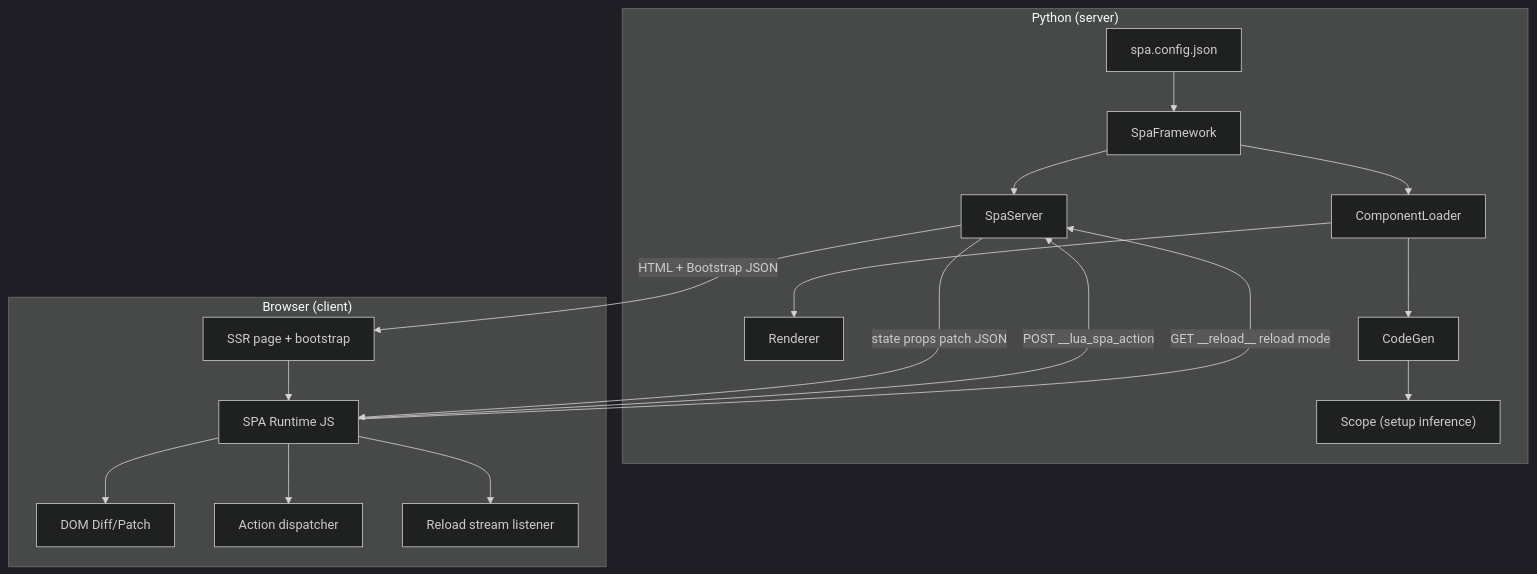
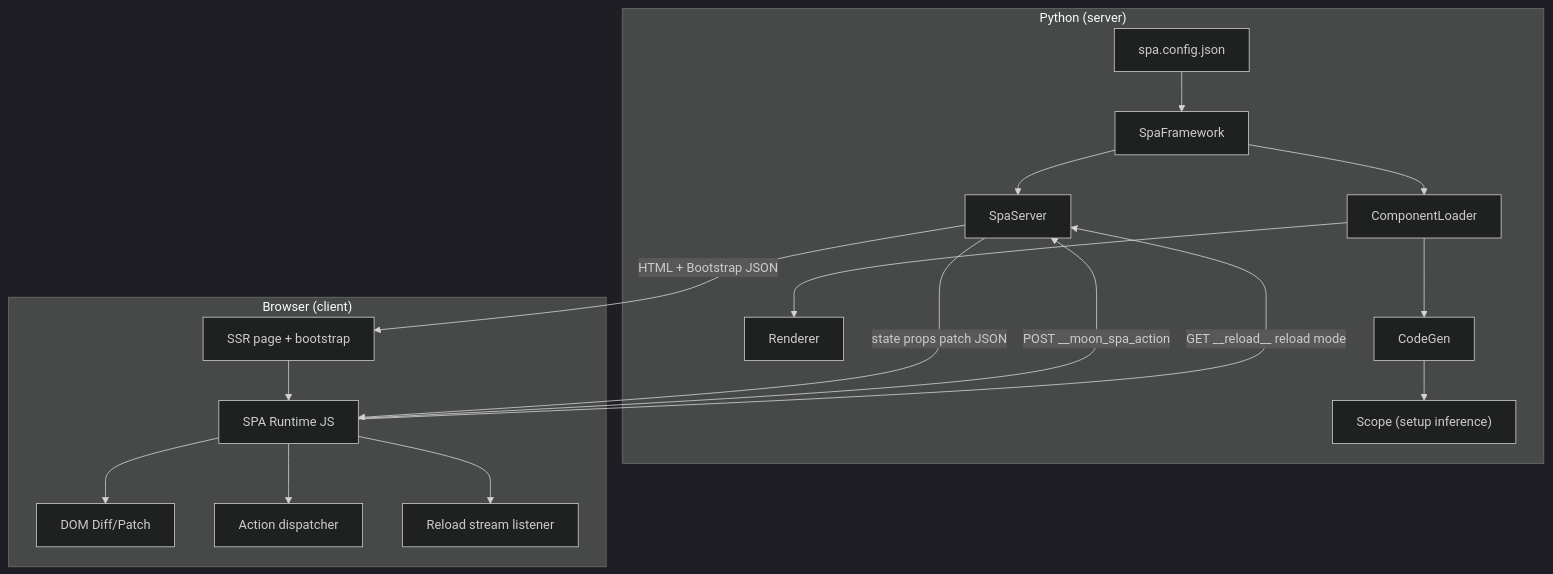
One commit to roderiano/lua-spa changed the first of 3 diagrams in docs/docs/advanced/architecture.md. Above: the diagram before and after it, drawn with Mermaid (dark theme). The commit also changed other lines of this file and 90 other files, not shown here.

````diff
--- a/docs/docs/advanced/architecture.md
+++ b/docs/docs/advanced/architecture.md
@@ -12,35 +12,35 @@
 ```mermaid
 flowchart TB
     subgraph Python ["Python (server)"]
         config["spa.config.json"]
         loader["ComponentLoader"]
         renderer["Renderer"]
         codegen["CodeGen"]
         scope["Scope (setup inference)"]
         fw["SpaFramework"]
         server["SpaServer"]
     end
 
     subgraph Browser ["Browser (client)"]
         boot["SSR page + bootstrap"]
         rt["SPA Runtime JS"]
         dom["DOM Diff/Patch"]
         actions["Action dispatcher"]
         sse["Reload stream listener"]
     end
 
     config --> fw
     fw --> loader
     loader --> renderer
     loader --> codegen
     codegen --> scope
     fw --> server
     server -->|HTML + Bootstrap JSON| boot
     boot --> rt
-    rt -->|POST __lua_spa_action| server
+    rt -->|POST __moon_spa_action| server
     server -->|state props patch JSON| rt
     rt -->|GET __reload__ reload mode| server
     rt --> dom
     rt --> actions
     rt --> sse
 ```
````
